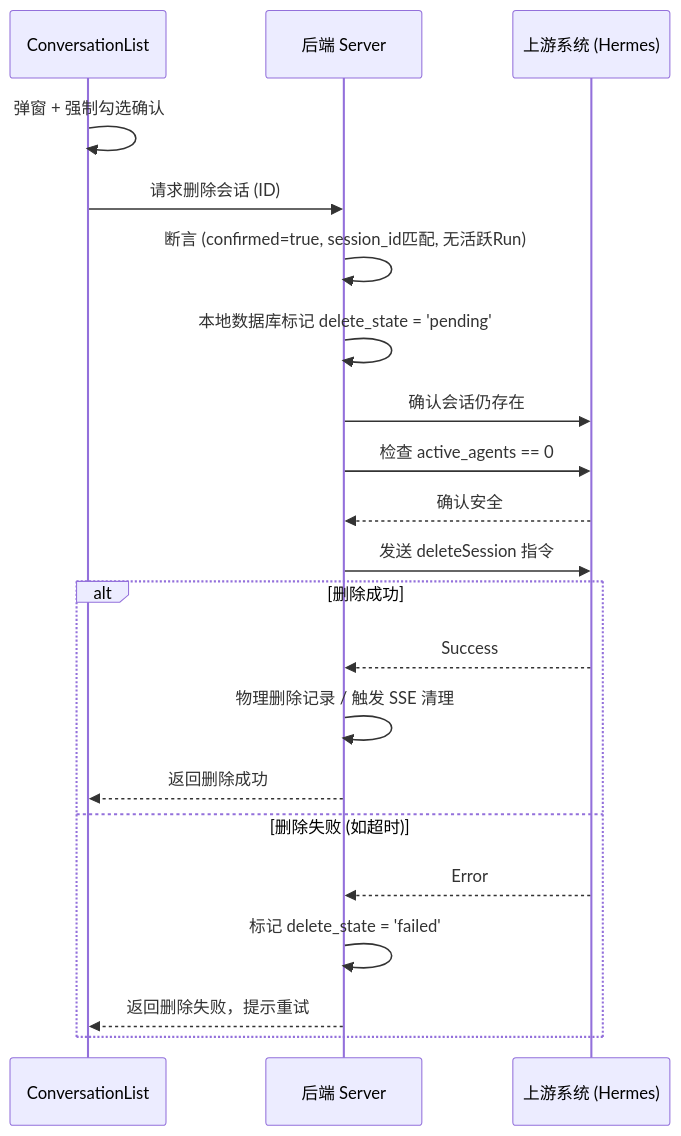
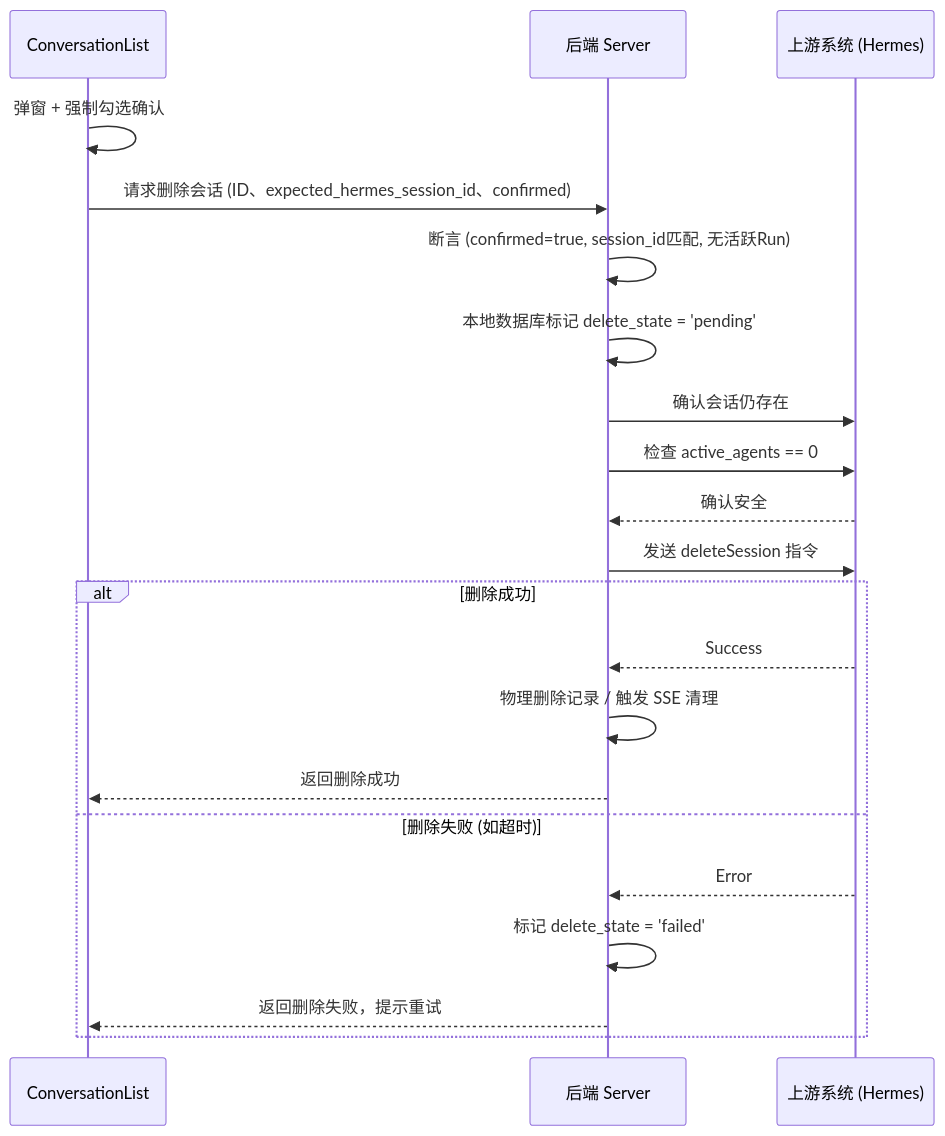
The fifth of 7 diagrams in docs/07-data-flow.md (ermu03/emu-chat), drawn with Mermaid before and after one commit. The commit also changed other lines of this file and 14 other files, not shown here.

````diff
--- a/docs/07-data-flow.md
+++ b/docs/07-data-flow.md
@@ -134,26 +136,26 @@
 ```mermaid
 sequenceDiagram
     participant UI as ConversationList
     participant API as 后端 Server
     participant Upstream as 上游系统 (Hermes)
 
     UI->>UI: 弹窗 + 强制勾选确认
-    UI->>API: 请求删除会话 (ID)
+    UI->>API: 请求删除会话 (ID、expected_hermes_session_id、confirmed)
     
     API->>API: 断言 (confirmed=true, session_id匹配, 无活跃Run)
     API->>API: 本地数据库标记 delete_state = 'pending'
     API->>Upstream: 确认会话仍存在
     API->>Upstream: 检查 active_agents == 0
     Upstream-->>API: 确认安全
     API->>Upstream: 发送 deleteSession 指令
     
     alt 删除成功
         Upstream-->>API: Success
         API->>API: 物理删除记录 / 触发 SSE 清理
         API-->>UI: 返回删除成功
     else 删除失败 (如超时)
         Upstream-->>API: Error
         API->>API: 标记 delete_state = 'failed'
         API-->>UI: 返回删除失败，提示重试
     end
 ```
````
